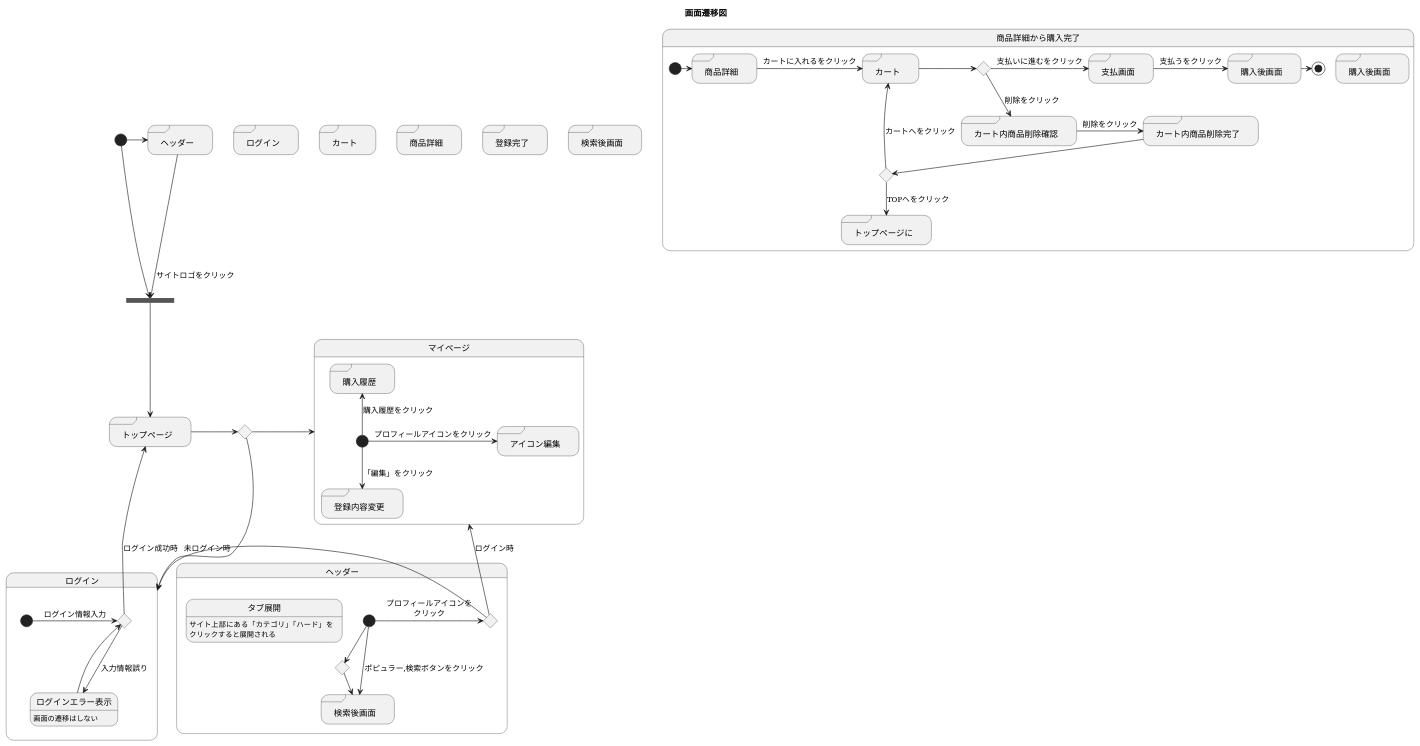
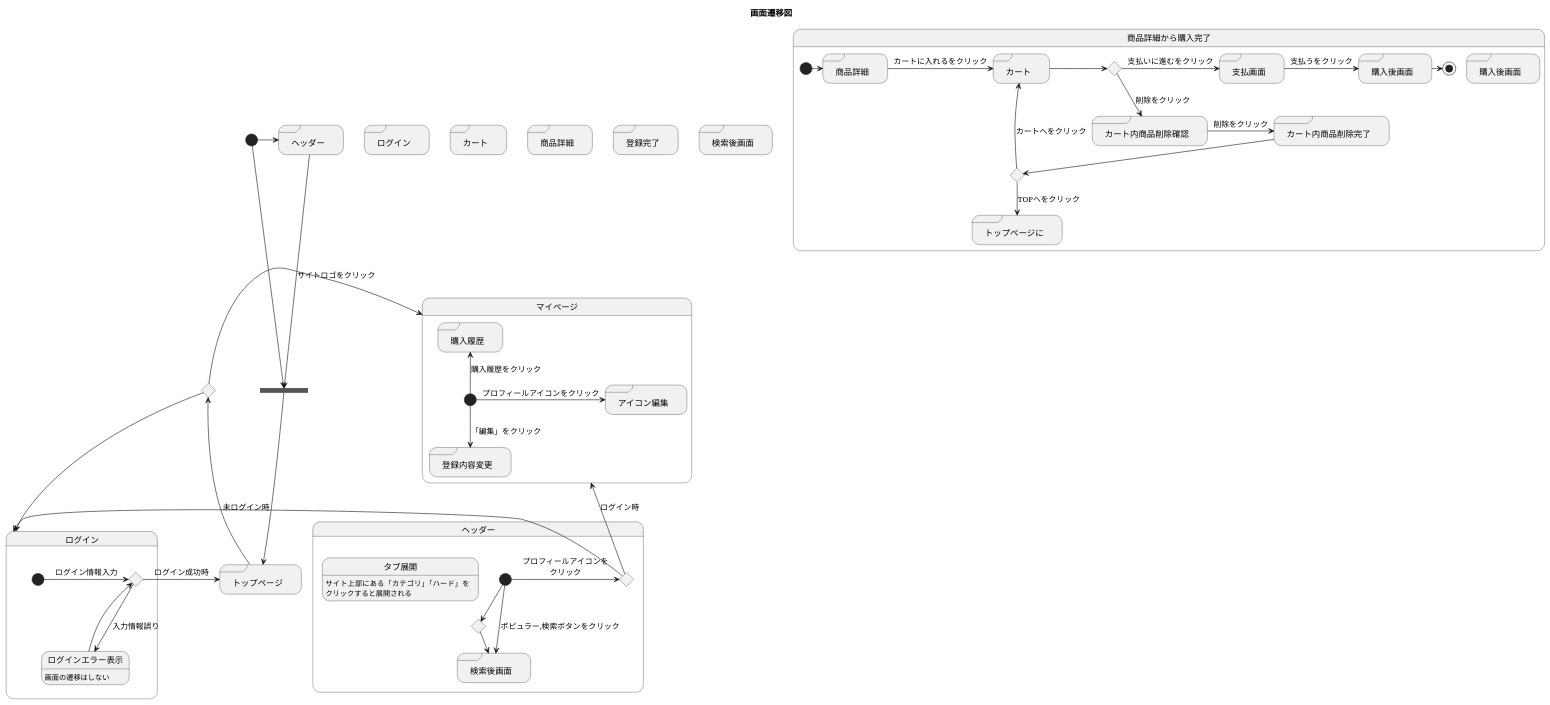
One commit to akutori/T-D-E changed the diagram in UML.md. Above: the diagram before and after it, drawn with PlantUML.

Commit message:
位置調整

```diff
--- a/UML.md
+++ b/UML.md
@@ -18,7 +18,7 @@
 
 headder->joinmain : サイトロゴをクリック
 joinmain --> main
-main -> ifmain
+main -left-> ifmain
 ifmain -> マイページ
 ifmain --> ログイン
 
@@ -45,7 +45,7 @@
     [*]-> iflogin : ログイン情報入力
     iflogin -up-> ログインエラー表示 : 入力情報誤り
     ログインエラー表示 -up-> iflogin
-    iflogin -up-> main : ログイン成功時
+    iflogin -> main : ログイン成功時
 }
 state 商品詳細から購入完了{
     state if1 <<choice>>
```
